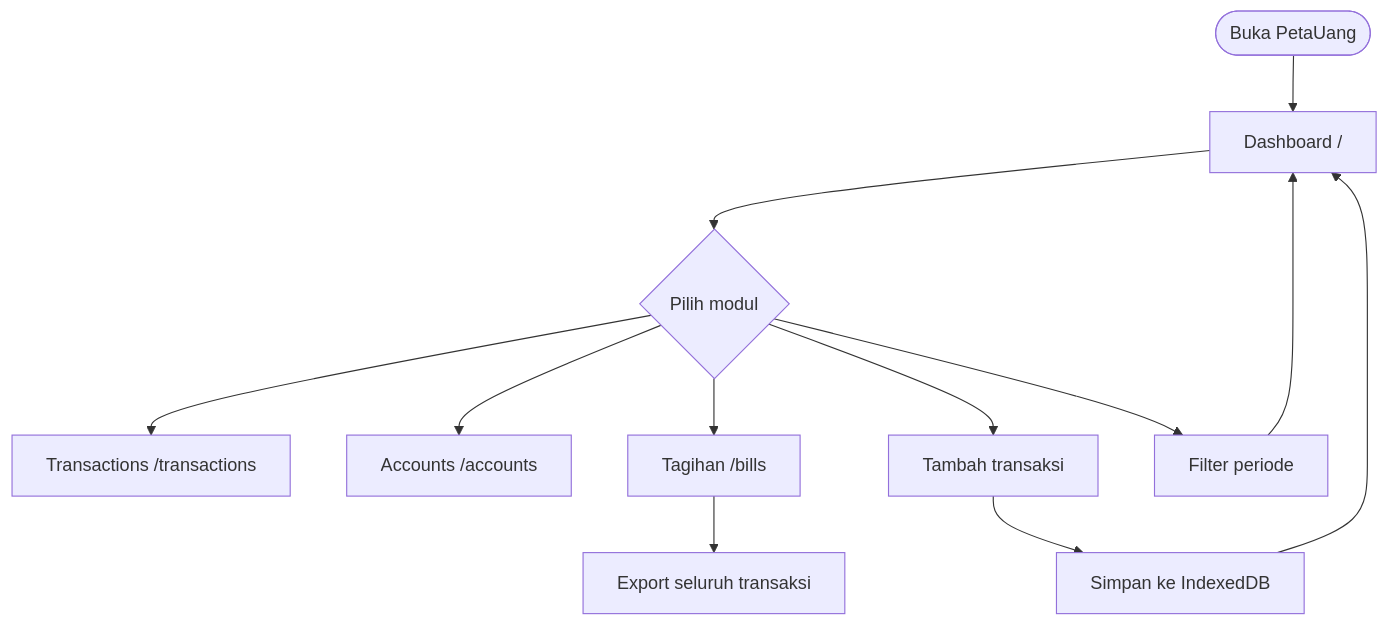
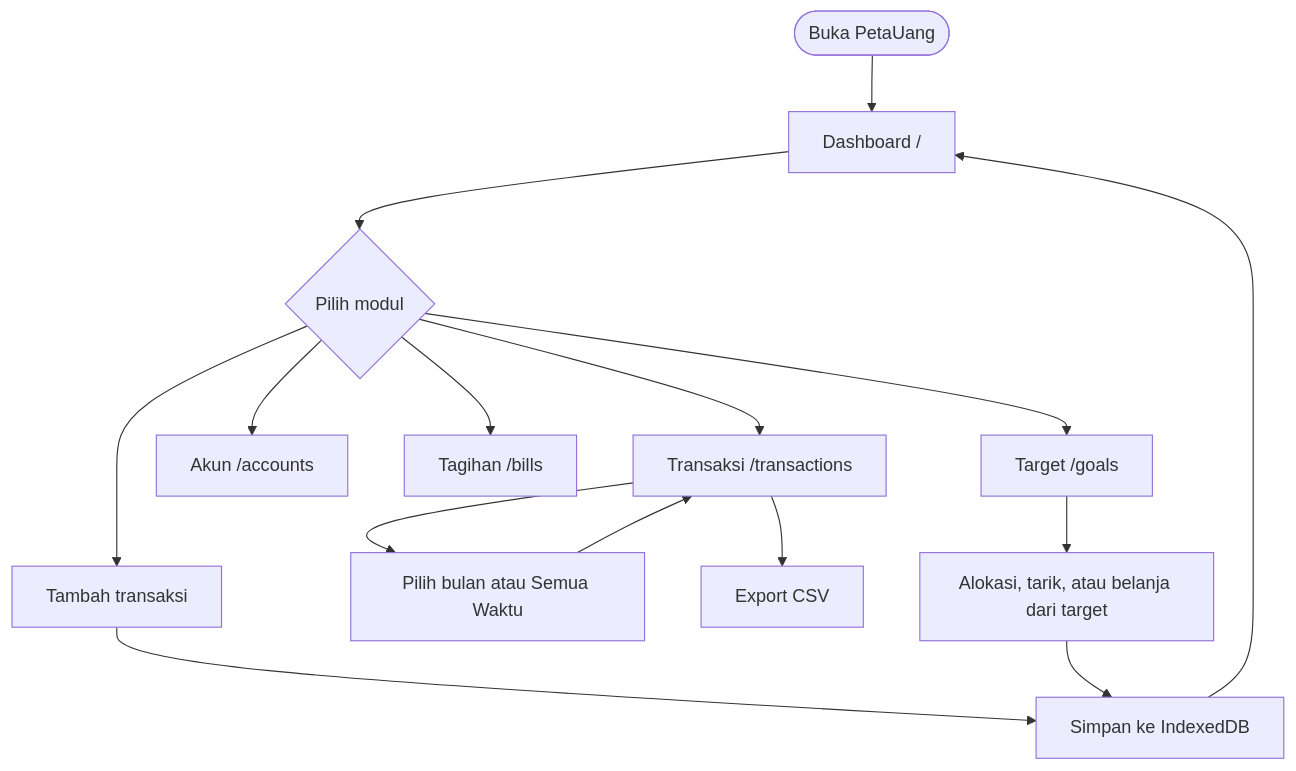
One commit to hilman-aprdi/peta-uang changed the first of 6 diagrams in docs/design/afd.md. Above: the diagram before and after it, drawn with Mermaid. The commit also changed other lines of this file and 34 other files, not shown here.

````diff
--- a/docs/design/afd.md
+++ b/docs/design/afd.md
@@ -18,14 +23,17 @@
 ```mermaid
 flowchart TD
     Start([Buka PetaUang]) --> Dashboard[Dashboard /]
     Dashboard --> Choice{Pilih modul}
-    Choice --> Transactions[Transactions /transactions]
-    Choice --> Accounts[Accounts /accounts]
+    Choice --> Transactions[Transaksi /transactions]
+    Choice --> Accounts[Akun /accounts]
     Choice --> Bills[Tagihan /bills]
+    Choice --> Goals[Target /goals]
     Choice --> Add[Tambah transaksi]
-    Choice --> Filter[Filter periode]
+    Transactions --> TxPeriod[Pilih bulan atau Semua Waktu]
+    Transactions --> Export[Export CSV]
     Add --> Save[Simpan ke IndexedDB]
     Save --> Dashboard
-    Filter --> Dashboard
-    Bills --> Export[Export seluruh transaksi]
+    Goals --> Allocate[Alokasi, tarik, atau belanja dari target]
+    Allocate --> Save
+    TxPeriod --> Transactions
 ```
````
